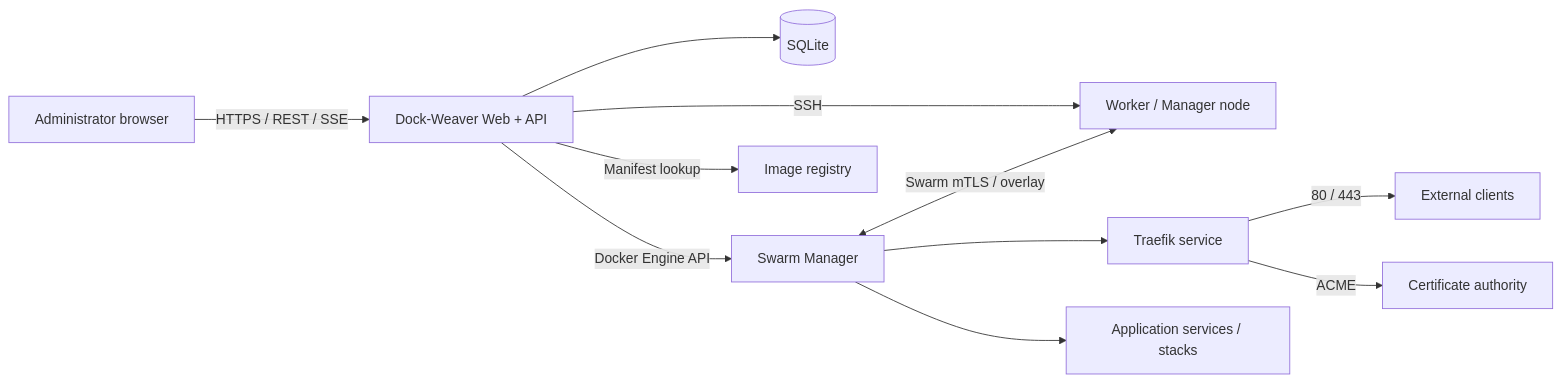
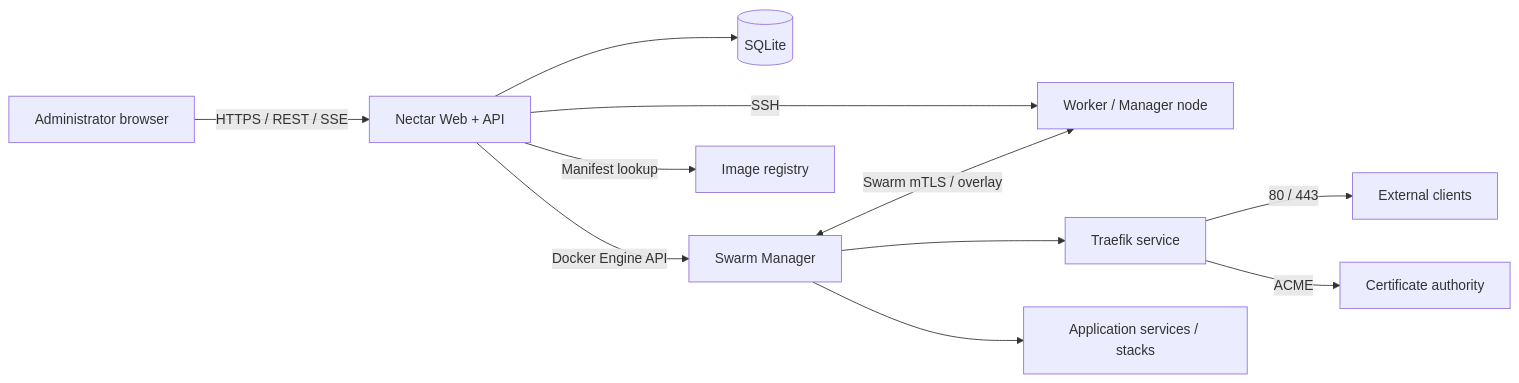
One commit to nectarops/nectar changed the diagram in docs/PRODUCT_AND_TECHNICAL_PLAN.md. Above: the diagram before and after it, drawn with Mermaid. The commit also changed other lines of this file and 50 other files, not shown here.

First line of the commit message:
feat: rename control plane to nectar and add bootstrap flow

````diff
--- a/docs/PRODUCT_AND_TECHNICAL_PLAN.md
+++ b/docs/PRODUCT_AND_TECHNICAL_PLAN.md
@@ -155,13 +159,13 @@
 ```mermaid
 flowchart LR
-    U[Administrator browser] -->|HTTPS / REST / SSE| W[Dock-Weaver Web + API]
+    U[Administrator browser] -->|HTTPS / REST / SSE| W[Nectar Web + API]
     W --> DB[(SQLite)]
     W -->|Docker Engine API| S[Swarm Manager]
     W -->|SSH| N1[Worker / Manager node]
     W -->|Manifest lookup| R[Image registry]
     S --> T[Traefik service]
     S --> A[Application services / stacks]
     T -->|80 / 443| C[External clients]
     T -->|ACME| LE[Certificate authority]
     S <-->|Swarm mTLS / overlay| N1
 ```
````
